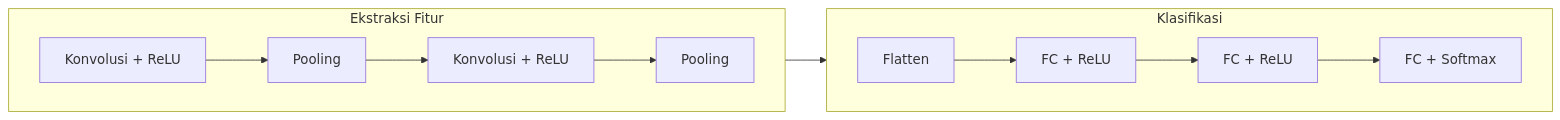
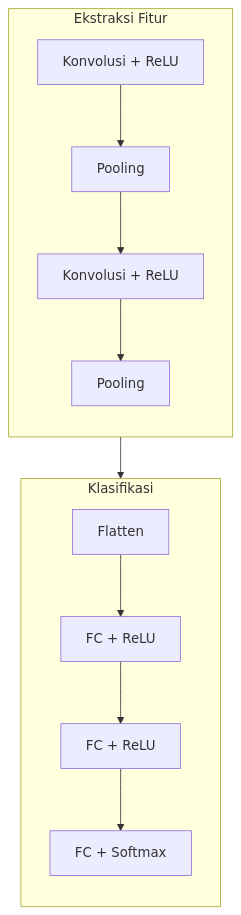
One commit to arisros/pothole-detection changed the second of 2 diagrams in docs/01-arsitektur.md. Above: the diagram before and after it, drawn with Mermaid. The commit also changed 8 other files, not shown here.

First line of the commit message:
Makalah: syntax highlight kode + semua diagram vertikal (TB)

````diff
--- a/docs/01-arsitektur.md
+++ b/docs/01-arsitektur.md
@@ -57,12 +57,12 @@
 ```mermaid
-flowchart LR
+flowchart TB
     subgraph FE["Ekstraksi Fitur"]
-        direction LR
+        direction TB
         c1["Konvolusi + ReLU"] --> p1["Pooling"] --> c2["Konvolusi + ReLU"] --> p2["Pooling"]
     end
     subgraph CL["Klasifikasi"]
-        direction LR
+        direction TB
         fl["Flatten"] --> d1["FC + ReLU"] --> d2["FC + ReLU"] --> sm["FC + Softmax"]
     end
     FE --> CL
 ```
````
